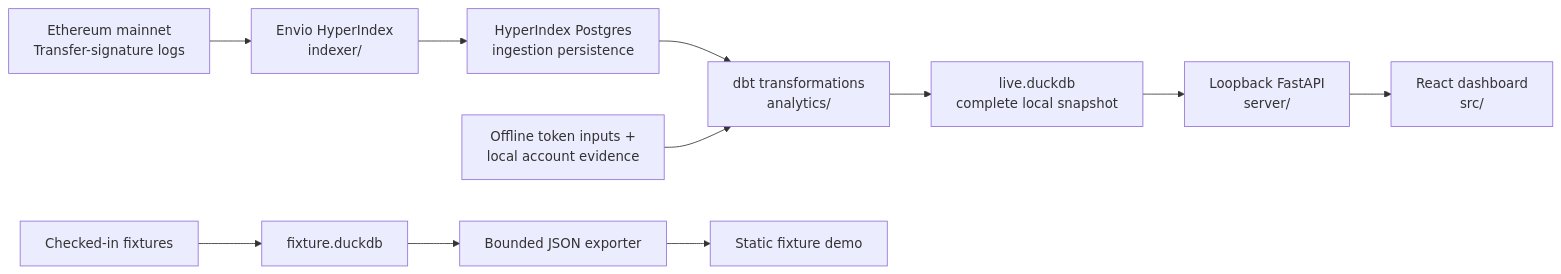
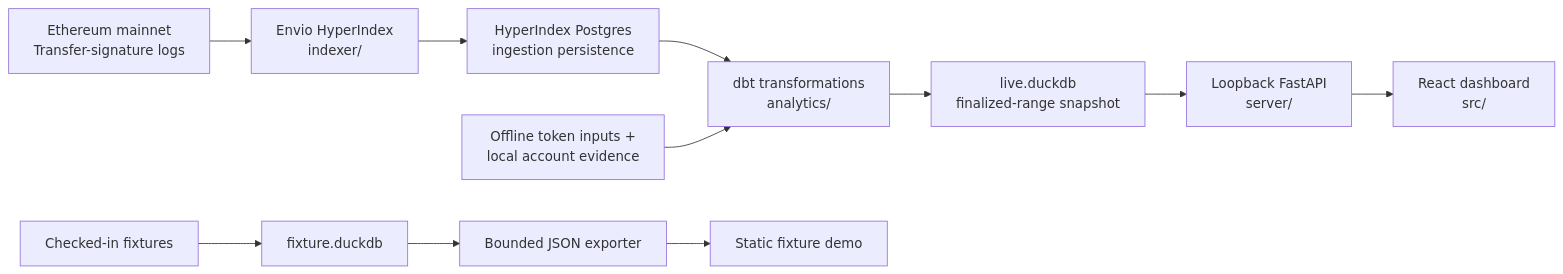
One commit to ubabe53/evm-wallet-search changed the diagram in README.md. Above: the diagram before and after it, drawn with Mermaid. The commit also changed other lines of this file and 3 other files, not shown here.

````diff
--- a/README.md
+++ b/README.md
@@ -32,14 +32,14 @@
 ```mermaid
 flowchart LR
     eth["Ethereum mainnet<br/>Transfer-signature logs"] --> indexer["Envio HyperIndex<br/>indexer/"]
     indexer --> postgres["HyperIndex Postgres<br/>ingestion persistence"]
     postgres --> dbt["dbt transformations<br/>analytics/"]
     enrich["Offline token inputs +<br/>local account evidence"] --> dbt
-    dbt --> live["live.duckdb<br/>complete local snapshot"]
+    dbt --> live["live.duckdb<br/>finalized-range snapshot"]
     live --> api["Loopback FastAPI<br/>server/"]
     api --> dashboard["React dashboard<br/>src/"]
 
     fixtures["Checked-in fixtures"] --> fixturedb["fixture.duckdb"]
     fixturedb --> export["Bounded JSON exporter"]
     export --> static["Static fixture demo"]
 ```
````
